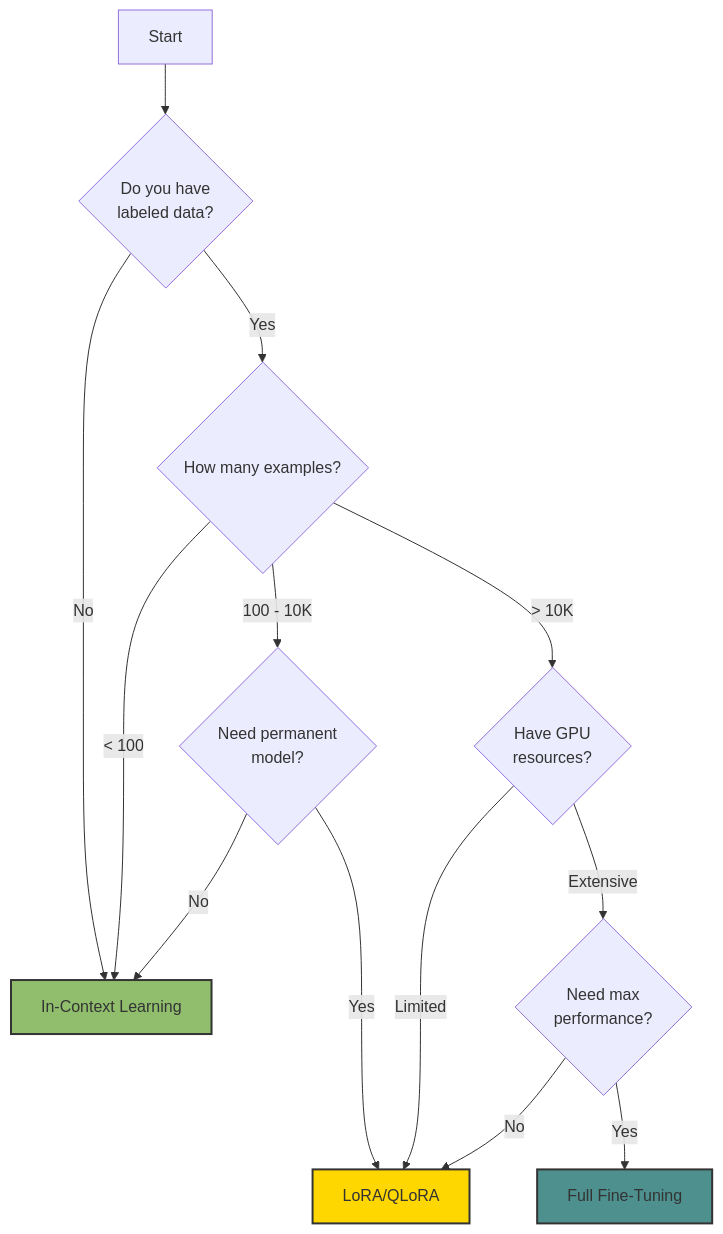
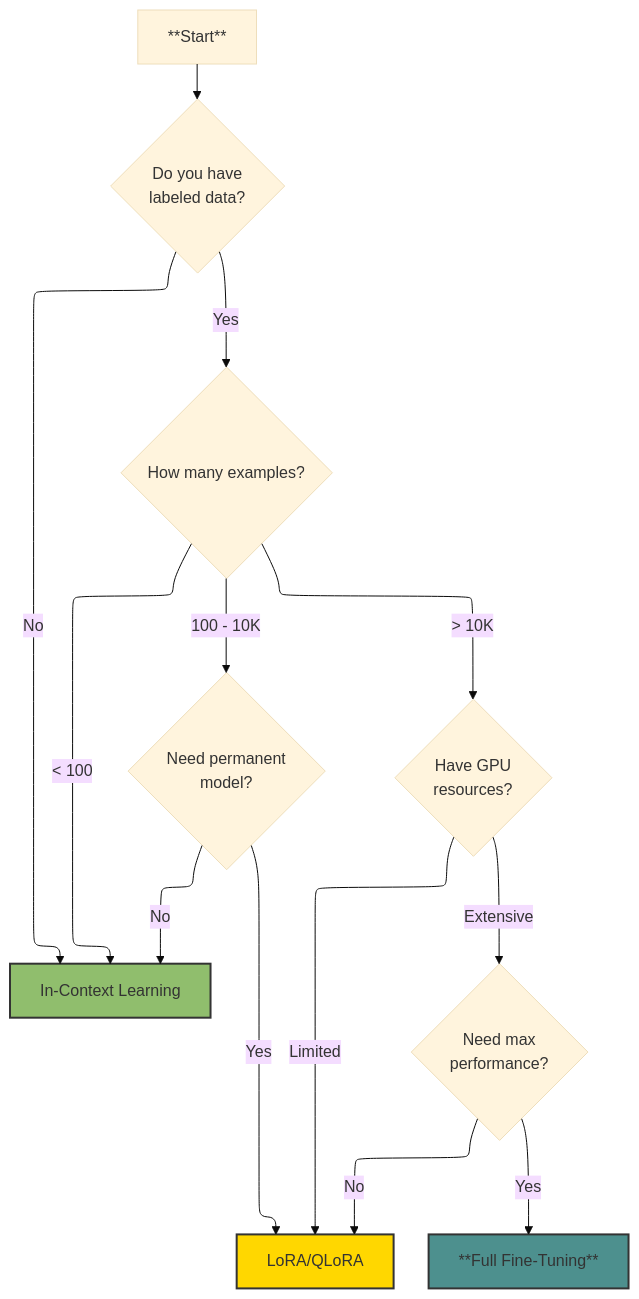
The sixth of 6 diagrams in The 2026 AI Metromap/The 2026 AI Metromap: Fine-Tuning vs. In-Context Learning – When to Train vs. When to Prompt.md (Vineet-Sharma-Medium-Stories/Medium-Build-Tool), drawn with Mermaid before and after one commit. The commit also changed other lines of this file and 37 other files, not shown here.

````diff
--- a/The 2026 AI Metromap/The 2026 AI Metromap: Fine-Tuning vs. In-Context Learning – When to Train vs. When to Prompt.md
+++ b/The 2026 AI Metromap/The 2026 AI Metromap: Fine-Tuning vs. In-Context Learning – When to Train vs. When to Prompt.md
@@ -706,24 +731,29 @@
 ```mermaid
+---
+config:
+  theme: base
+  layout: elk
+---
 graph TD
-    A[Start] --> B{Do you have<br/>labeled data?}
+    A[**Start**] --> B{Do you have<br/>labeled data?}
     
     B -->|No| C[In-Context Learning]
     B -->|Yes| D{How many examples?}
     
     D -->|< 100| C
     D -->|100 - 10K| E{Need permanent<br/>model?}
     D -->|> 10K| F{Have GPU<br/>resources?}
     
     E -->|No| C
     E -->|Yes| G[LoRA/QLoRA]
     
     F -->|Limited| G
     F -->|Extensive| H{Need max<br/>performance?}
     
     H -->|No| G
-    H -->|Yes| I[Full Fine-Tuning]
+    H -->|Yes| I[**Full Fine-Tuning**]
     
     style C fill:#90be6d,stroke:#333,stroke-width:2px
     style G fill:#ffd700,stroke:#333,stroke-width:2px
     style I fill:#4d908e,stroke:#333,stroke-width:2px
 ```
````
